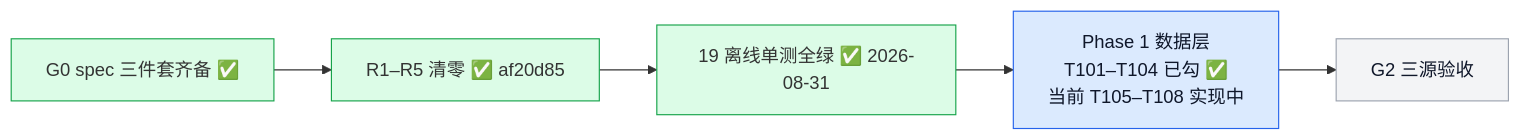
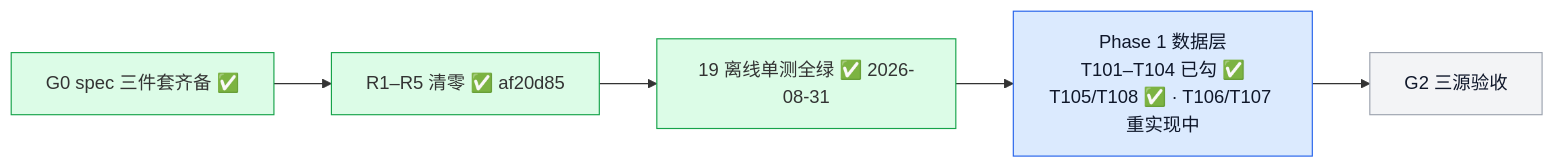
Before and after one commit to YZml1507/FinAI2.0: the second of 4 diagrams in docs/project_status_flowchart.md, drawn with Mermaid. The commit also changed other lines of this file and 3 other files, not shown here.

First line of the commit message:
docs: T105/T108 状态标记 — CLAUDE.md §0/§5/§7 + 流程图(md/html) + spec 快照同步(research-finai 293f30a)

````diff
--- a/docs/project_status_flowchart.md
+++ b/docs/project_status_flowchart.md
@@ -29,11 +29,11 @@
 ```mermaid
 flowchart LR
   G0[G0 spec 三件套齐备 ✅] --> R15[R1–R5 清零 ✅ af20d85] --> UT[19 离线单测全绿 ✅ 2026-08-31]
-  UT --> P1[Phase 1 数据层<br/>T101–T104 已勾 ✅<br/>当前 T105–T108 实现中]
+  UT --> P1[Phase 1 数据层<br/>T101–T104 已勾 ✅<br/>T105/T108 ✅ · T106/T107 重实现中]
   P1 --> G2[G2 三源验收]
   style G0 fill:#dcfce7,stroke:#16a34a
   style R15 fill:#dcfce7,stroke:#16a34a
   style UT fill:#dcfce7,stroke:#16a34a
   style P1 fill:#dbeafe,stroke:#2563eb,color:#0f172a
   style G2 fill:#f3f4f6,stroke:#9ca3af,color:#0f172a
 ```
````
